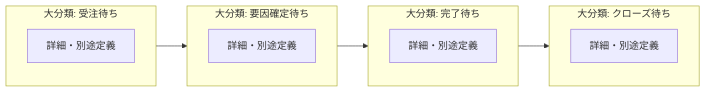
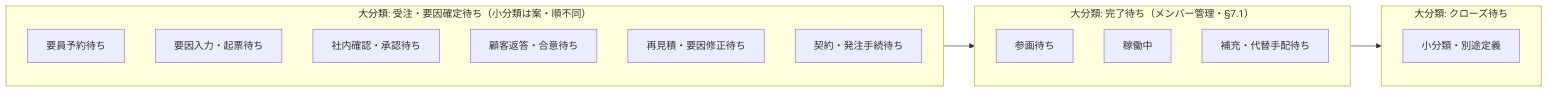
Before and after one commit to keisuke-ota-adc/AutoAssignAgent: the second of 5 diagrams in docs/data-model-flowchart.md, drawn with Mermaid. The commit also changed other lines of this file and 3 other files, not shown here.

````diff
--- a/docs/data-model-flowchart.md
+++ b/docs/data-model-flowchart.md
@@ -68,20 +68,23 @@
 ```mermaid
 flowchart LR
-  subgraph p1["大分類: 受注待ち"]
+  subgraph p1["大分類: 受注・要因確定待ち（小分類は案・順不同）"]
     direction TB
-    p1l2[詳細・別途定義]
+    p1a[要員予約待ち]
+    p1b[要因入力・起票待ち]
+    p1c[社内確認・承認待ち]
+    p1d[顧客返答・合意待ち]
+    p1e[再見積・要因修正待ち]
+    p1f[契約・発注手続待ち]
   end
-  subgraph p2["大分類: 要因確定待ち"]
+  subgraph p2["大分類: 完了待ち（メンバー管理・§7.1）"]
     direction TB
-    p2l2[詳細・別途定義]
+    p2a[参画待ち]
+    p2b[稼働中]
+    p2c[補充・代替手配待ち]
   end
-  subgraph p3["大分類: 完了待ち"]
+  subgraph p3["大分類: クローズ待ち"]
     direction TB
-    p3l2[詳細・別途定義]
+    p3l2[小分類・別途定義]
   end
-  subgraph p4["大分類: クローズ待ち"]
-    direction TB
-    p4l2[詳細・別途定義]
-  end
-  p1 --> p2 --> p3 --> p4
+  p1 --> p2 --> p3
 ```
````
